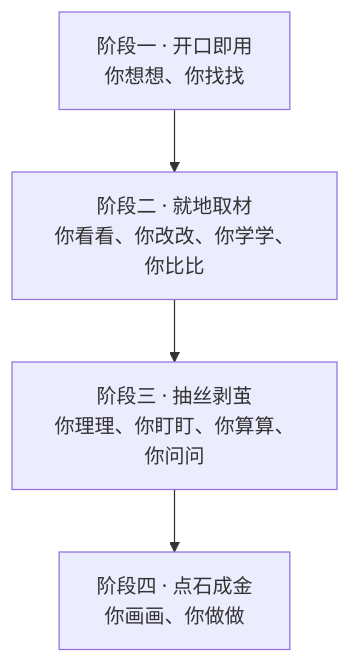
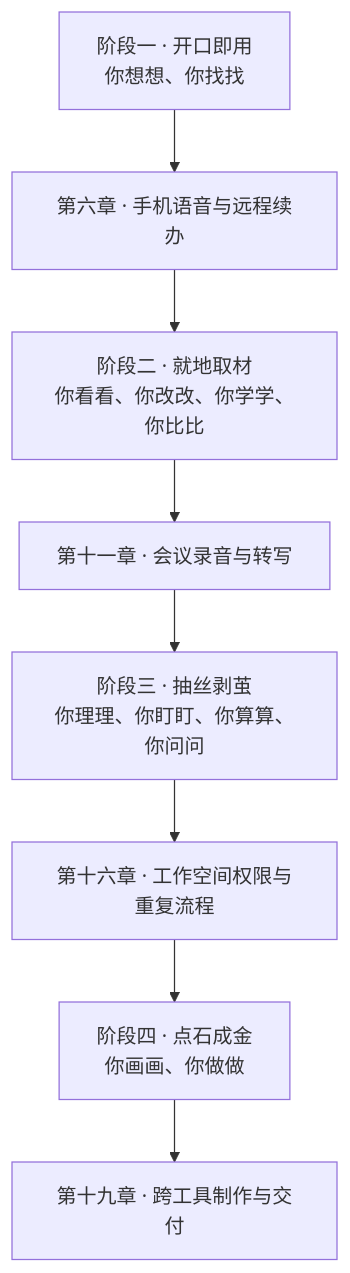
The diagram in 01-实务卷/01-preface.md (afeicn/lingdao-ai-office), drawn with Mermaid before and after one commit. The commit also changed other lines of this file and 52 other files, not shown here.

````diff
--- a/01-实务卷/01-preface.md
+++ b/01-实务卷/01-preface.md
@@ -52,6 +43,10 @@
 ```mermaid
 flowchart TB
-    A["阶段一 · 开口即用<br/>你想想、你找找"] --> B["阶段二 · 就地取材<br/>你看看、你改改、你学学、你比比"]
-    B --> C["阶段三 · 抽丝剥茧<br/>你理理、你盯盯、你算算、你问问"]
-    C --> D["阶段四 · 点石成金<br/>你画画、你做做"]
+    A["阶段一 · 开口即用<br/>你想想、你找找"] --> A1["第六章 · 手机语音与远程续办"]
+    A1 --> B["阶段二 · 就地取材<br/>你看看、你改改、你学学、你比比"]
+    B --> B1["第十一章 · 会议录音与转写"]
+    B1 --> C["阶段三 · 抽丝剥茧<br/>你理理、你盯盯、你算算、你问问"]
+    C --> C1["第十六章 · 工作空间权限与重复流程"]
+    C1 --> D["阶段四 · 点石成金<br/>你画画、你做做"]
+    D --> D1["第十九章 · 跨工具制作与交付"]
 ```
````
